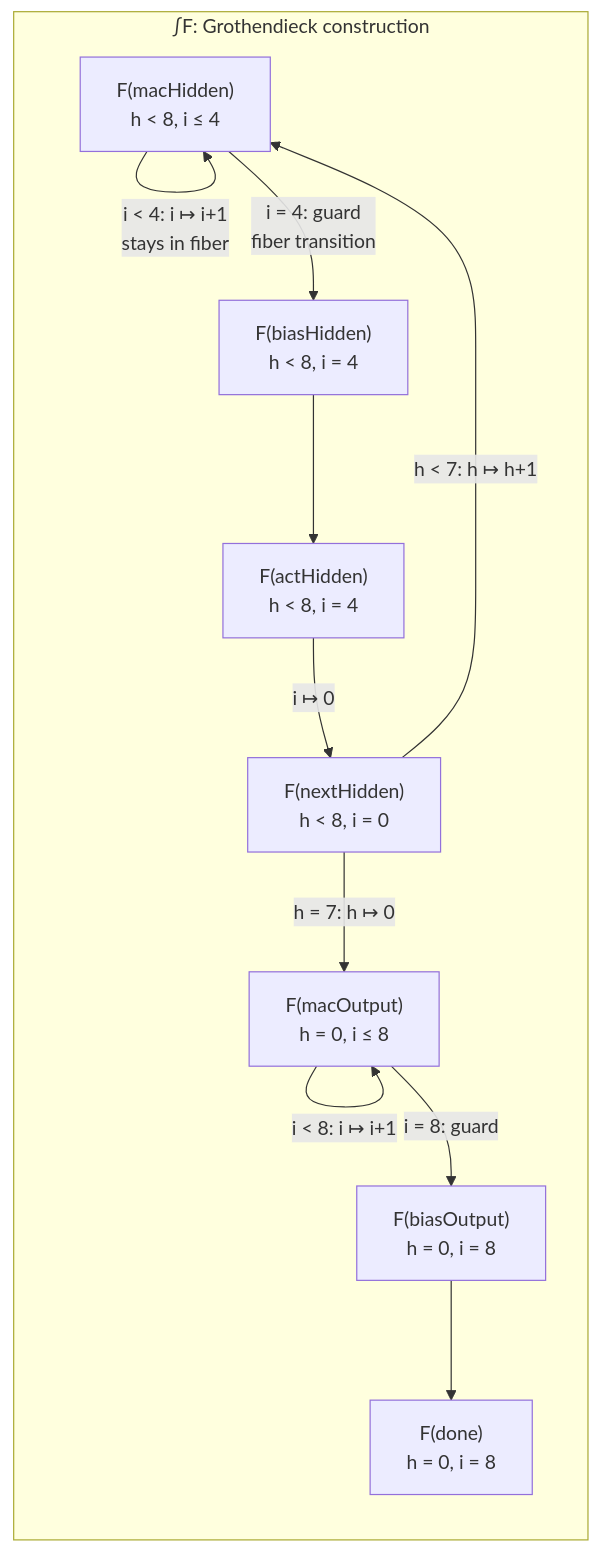
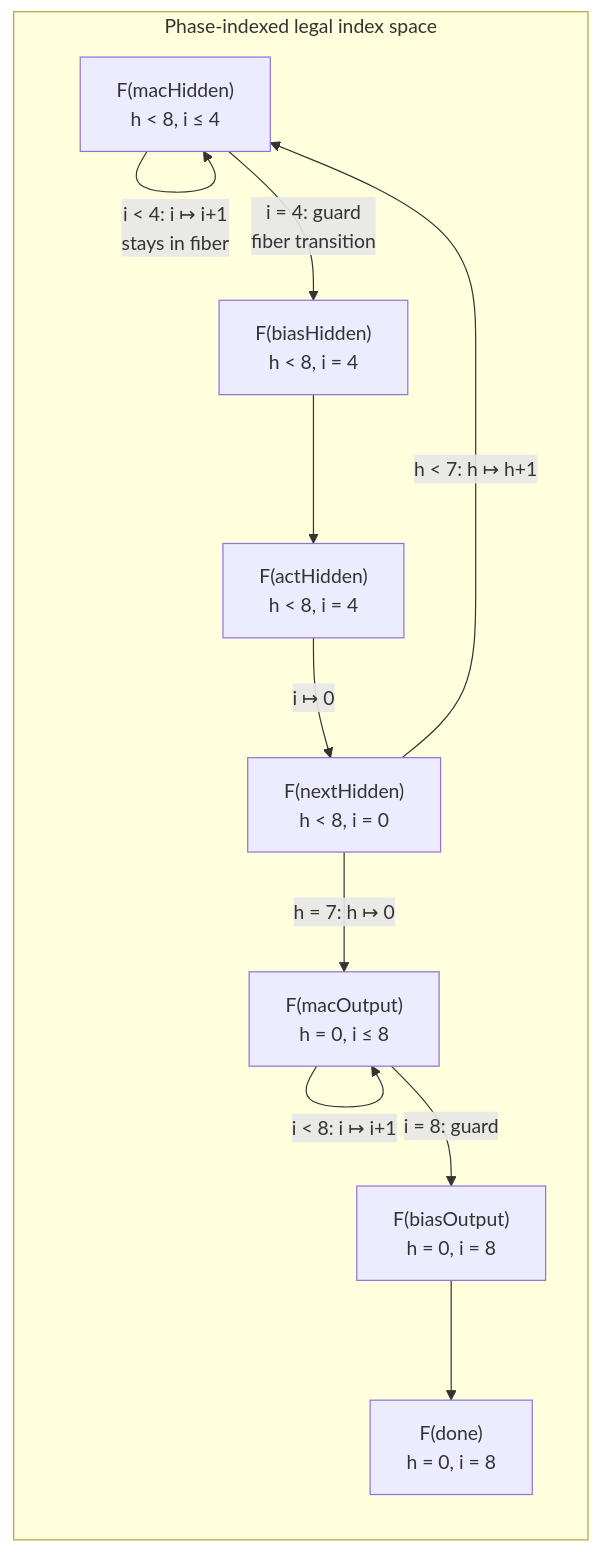
The third of 3 diagrams in docs/temporal-verification-of-reactive-hardware.md (dfdgsdfg/ann-rtl-lean-poc), drawn with Mermaid before and after one commit. The commit also changed other lines of this file and 3 other files, not shown here.

````diff
--- a/docs/temporal-verification-of-reactive-hardware.md
+++ b/docs/temporal-verification-of-reactive-hardware.md
@@ -415,23 +415,23 @@
 ```mermaid
 graph LR
-    subgraph "∫F: Grothendieck construction"
+    subgraph "Phase-indexed legal index space"
         direction TB
         MH["F(macHidden)<br/>h < 8, i ≤ 4"]
         BH["F(biasHidden)<br/>h < 8, i = 4"]
         AH["F(actHidden)<br/>h < 8, i = 4"]
         NH["F(nextHidden)<br/>h < 8, i = 0"]
         MO["F(macOutput)<br/>h = 0, i ≤ 8"]
         BO["F(biasOutput)<br/>h = 0, i = 8"]
         DN["F(done)<br/>h = 0, i = 8"]
     end
 
     MH -->|"i < 4: i ↦ i+1<br/>stays in fiber"| MH
     MH -->|"i = 4: guard<br/>fiber transition"| BH
     BH --> AH
     AH -->|"i ↦ 0"| NH
     NH -->|"h < 7: h ↦ h+1"| MH
     NH -->|"h = 7: h ↦ 0"| MO
     MO -->|"i < 8: i ↦ i+1"| MO
     MO -->|"i = 8: guard"| BO
     BO --> DN
 ```
````
